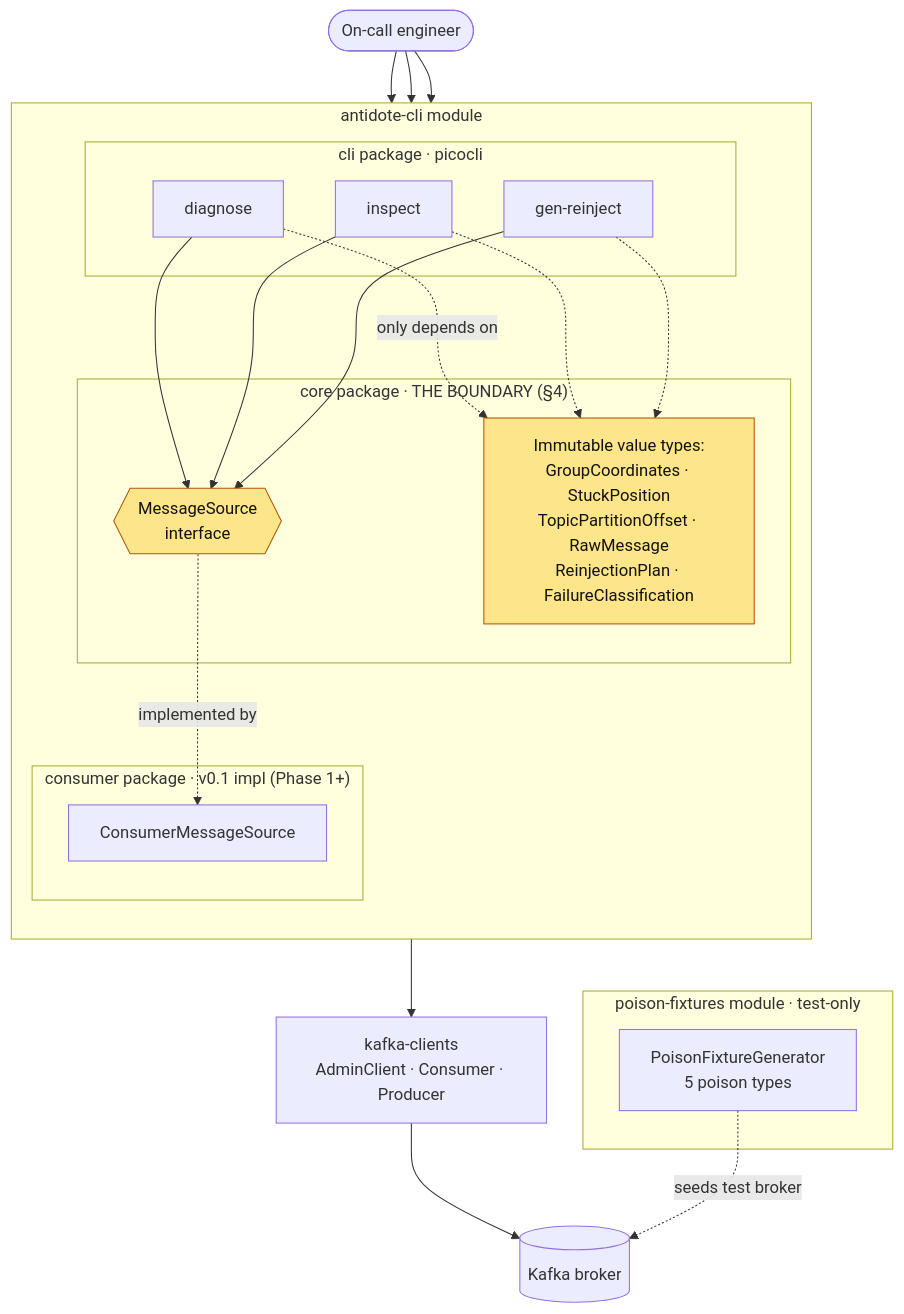
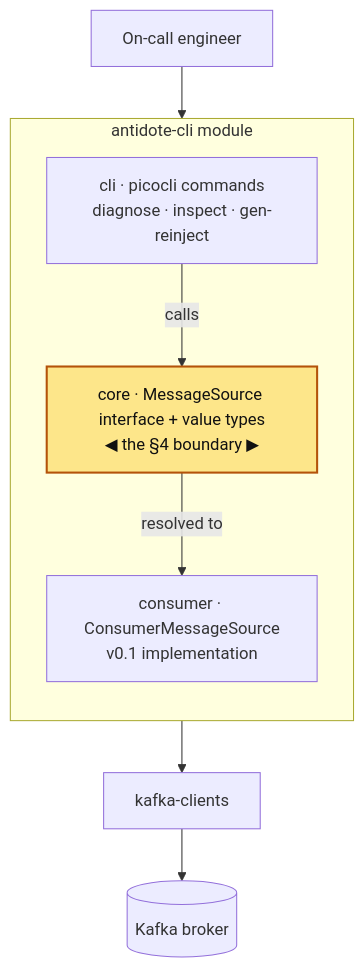
The first of 2 diagrams in README.md (asutosh936/kafka-antidote), drawn with Mermaid before and after one commit. The commit also changed other lines of this file, not shown here.

Commit message:
Refactor architecture diagram in README for clarity and accuracy

````diff
--- a/README.md
+++ b/README.md
@@ -35,41 +35,18 @@
 ```mermaid
-flowchart TB
-    Eng(["On-call engineer"])
+flowchart TD
+    Eng["On-call engineer"] --> CLI
 
-    subgraph cliMod["antidote-cli module"]
+    subgraph M1["antidote-cli module"]
         direction TB
-        subgraph cli["cli package · picocli"]
-            D["diagnose"]
-            I["inspect"]
-            G["gen-reinject"]
-        end
-        subgraph core["core package · THE BOUNDARY (§4)"]
-            MS{{"MessageSource<br/>interface"}}
-            VT["Immutable value types:<br/>GroupCoordinates · StuckPosition<br/>TopicPartitionOffset · RawMessage<br/>ReinjectionPlan · FailureClassification"]
-        end
-        subgraph impl["consumer package · v0.1 impl (Phase 1+)"]
-            CMS["ConsumerMessageSource"]
-        end
+        CLI["cli · picocli commands<br/>diagnose · inspect · gen-reinject"]
+        CORE["core · MessageSource interface + value types<br/>◀ the §4 boundary ▶"]
+        IMPL["consumer · ConsumerMessageSource<br/>v0.1 implementation"]
+        CLI -->|"calls"| CORE
+        CORE -->|"resolved to"| IMPL
     end
 
-    KC["kafka-clients<br/>AdminClient · Consumer · Producer"]
-    BROKER[("Kafka broker")]
+    IMPL --> KAFKA["kafka-clients"]
+    KAFKA --> BROKER[("Kafka broker")]
 
-    subgraph fx["poison-fixtures module · test-only"]
-        PFG["PoisonFixtureGenerator<br/>5 poison types"]
-    end
-
-    Eng --> D & I & G
-    D --> MS
-    I --> MS
-    G --> MS
-    D -.->|only depends on| VT
-    I -.-> VT
-    G -.-> VT
-    MS -.->|implemented by| CMS
-    CMS --> KC --> BROKER
-    PFG -.->|seeds test broker| BROKER
-
-    classDef boundary fill:#fde68a,stroke:#b45309,color:#111;
-    class MS,VT boundary;
+    style CORE fill:#fde68a,stroke:#b45309,color:#111,stroke-width:2px
 ```
````
